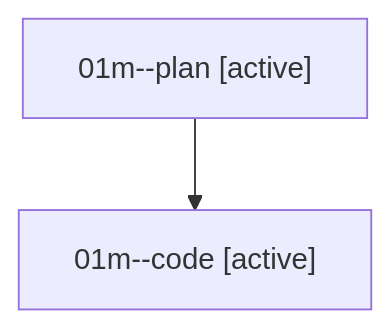
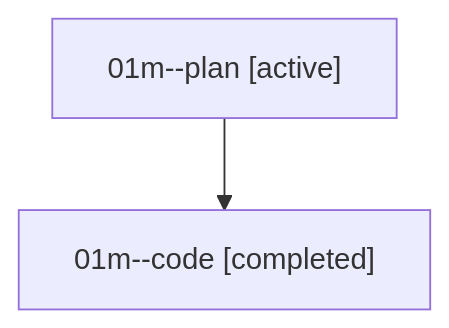
The diagram in sessions/bbugyi200.athena.01m.md (bobs-org/bob-cli--agents), drawn with Mermaid before and after one commit. The commit also changed other lines of this file and 11 other files, not shown here.

````diff
--- a/sessions/bbugyi200.athena.01m.md
+++ b/sessions/bbugyi200.athena.01m.md
@@ -9,6 +9,6 @@
 ```mermaid
 flowchart TD
   n0["01m--plan [active]"]
-  n1["01m--code [active]"]
+  n1["01m--code [completed]"]
   n0 --> n1
 ```
````
